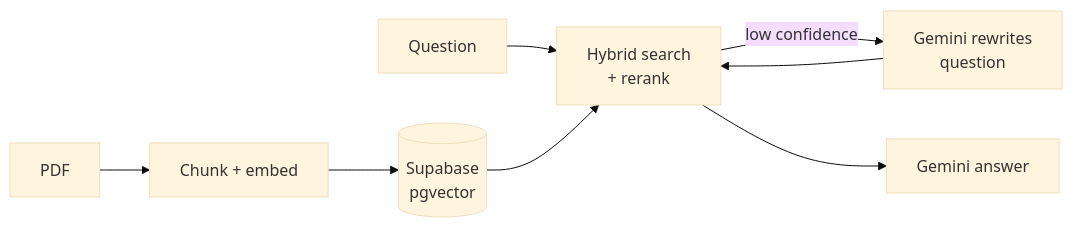
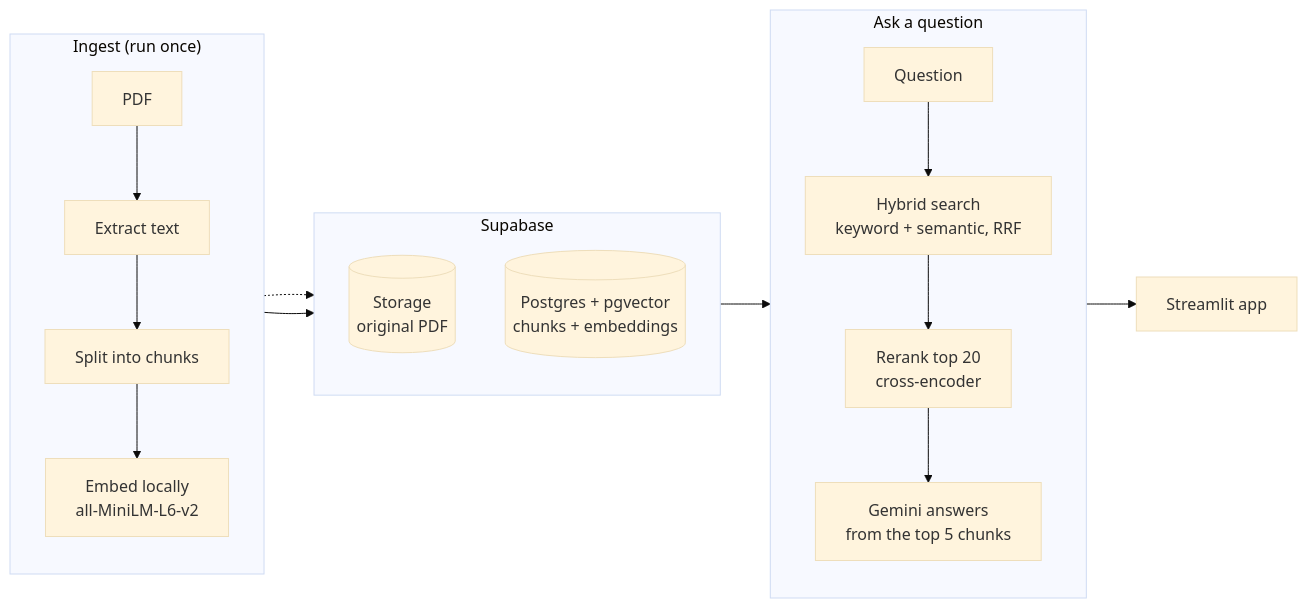
The first of 4 diagrams in docs/projects.md (prasroku/website), drawn with Mermaid (base theme) before and after one commit. The commit also changed other lines of this file and 1 other file, not shown here.

````diff
--- a/docs/projects.md
+++ b/docs/projects.md
@@ -19,10 +21,27 @@
 ```mermaid
 flowchart LR
-    PDF[PDF] --> Chunk[Chunk + embed]
-    Chunk --> DB[(Supabase<br/>pgvector)]
-    Q[Question] --> Search[Hybrid search<br/>+ rerank]
-    DB --> Search
-    Search -- low confidence --> Rewrite[Gemini rewrites<br/>question]
-    Rewrite --> Search
-    Search --> Answer[Gemini answer]
+    subgraph Ingest["Ingest (run once)"]
+        direction TB
+        PDF[PDF] --> Extract[Extract text]
+        Extract --> Chunk[Split into chunks]
+        Chunk --> Embed[Embed locally<br/>all-MiniLM-L6-v2]
+    end
+
+    subgraph Supabase["Supabase"]
+        direction TB
+        Storage[(Storage<br/>original PDF)]
+        DB[(Postgres + pgvector<br/>chunks + embeddings)]
+    end
+
+    subgraph Query["Ask a question"]
+        direction TB
+        Q[Question] --> Hybrid[Hybrid search<br/>keyword + semantic, RRF]
+        Hybrid --> Rerank[Rerank top 20<br/>cross-encoder]
+        Rerank --> Gemini[Gemini answers<br/>from the top 5 chunks]
+    end
+
+    PDF -.-> Storage
+    Embed --> DB
+    DB --> Hybrid
+    Gemini --> UI[Streamlit app]
 ```
````
